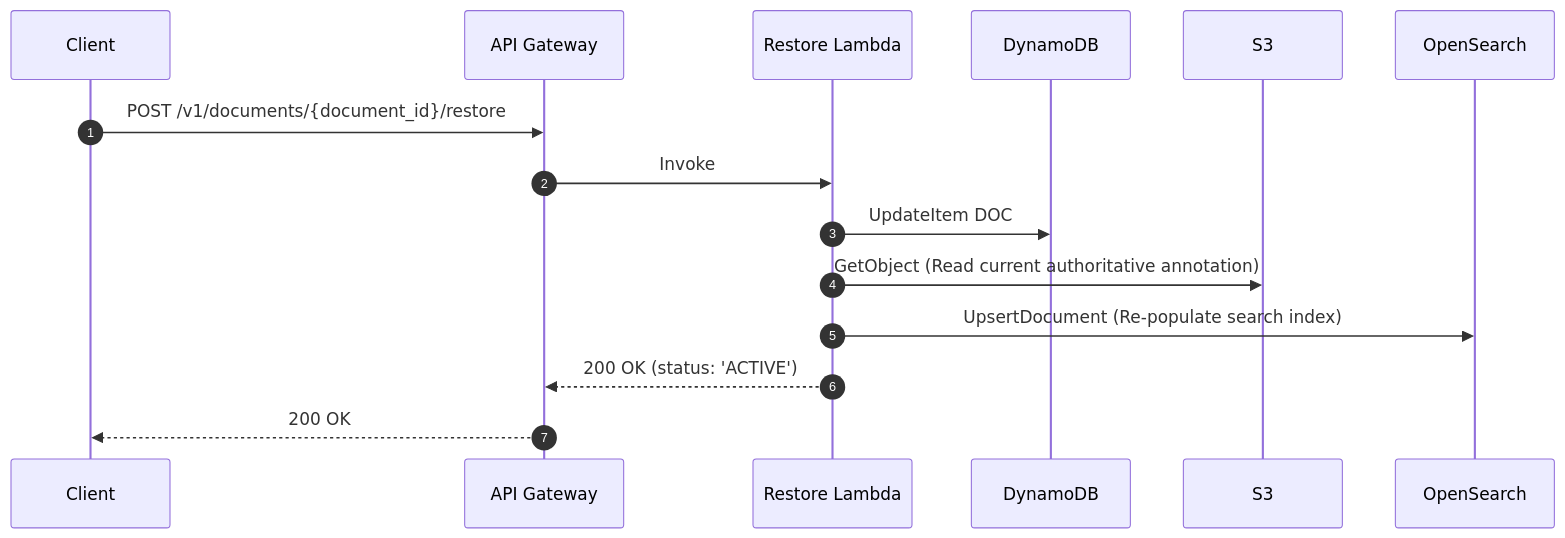
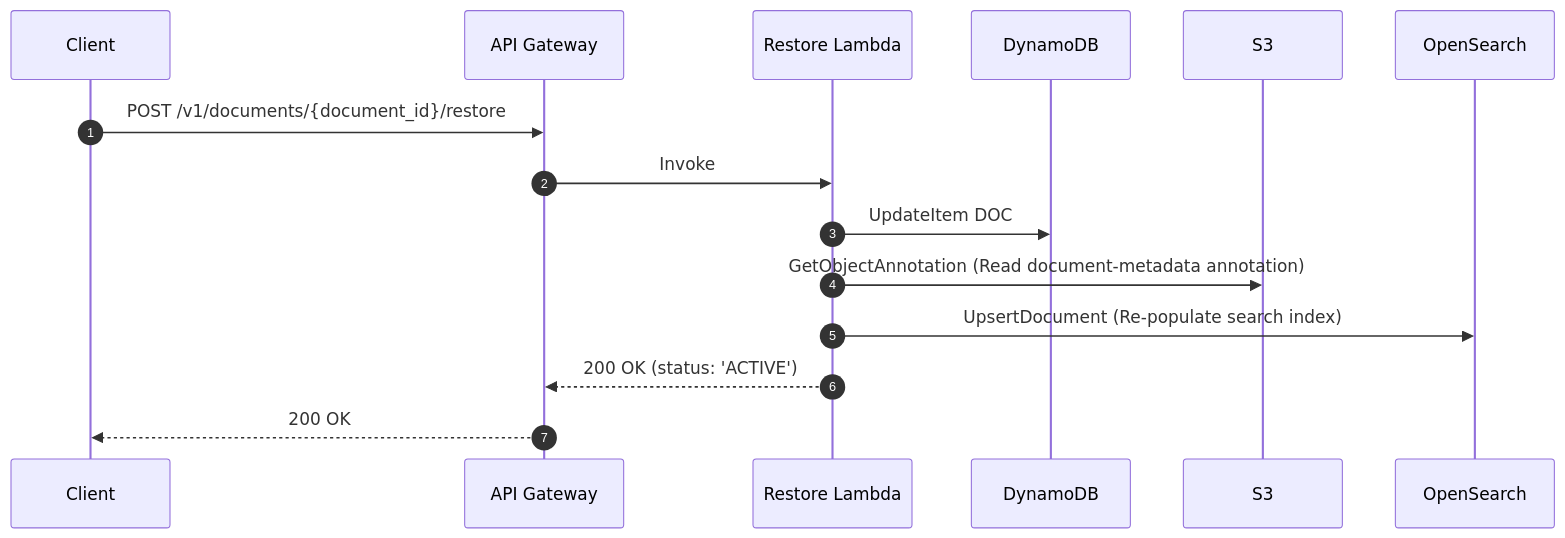
One commit to peydan/aws-doc-management-system changed diagram 14 of 17 in SOLUTION_ARCHITECTURE_SPECIFICATION.md. Above: the diagram before and after it, drawn with Mermaid. The commit also changed other lines of this file and 44 other files, not shown here.

Commit message:
feat: add frontend deployment configs, architecture diagrams, and backend updates

````diff
--- a/SOLUTION_ARCHITECTURE_SPECIFICATION.md
+++ b/SOLUTION_ARCHITECTURE_SPECIFICATION.md
@@ -956,11 +957,11 @@
   ```mermaid
   sequenceDiagram
     autonumber
     Client->>API Gateway: POST /v1/documents/{document_id}/restore
     API Gateway->>Restore Lambda: Invoke
     Restore Lambda->>DynamoDB: UpdateItem DOC#{document_id} (status = 'ACTIVE')
-    Restore Lambda->>S3: GetObject (Read current authoritative annotation)
+    Restore Lambda->>S3: GetObjectAnnotation (Read document-metadata annotation)
     Restore Lambda->>OpenSearch: UpsertDocument (Re-populate search index)
     Restore Lambda-->>API Gateway: 200 OK (status: 'ACTIVE')
     API Gateway-->>Client: 200 OK
   ```
````
